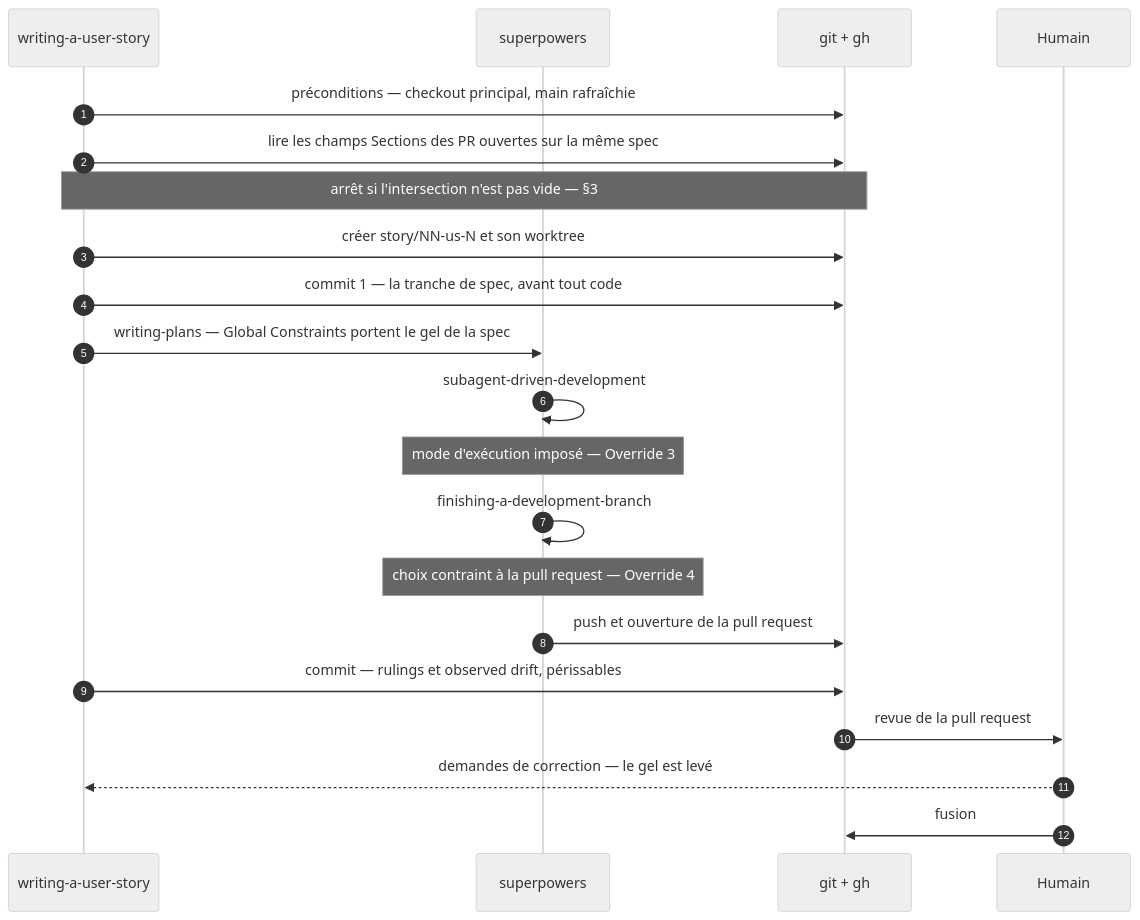
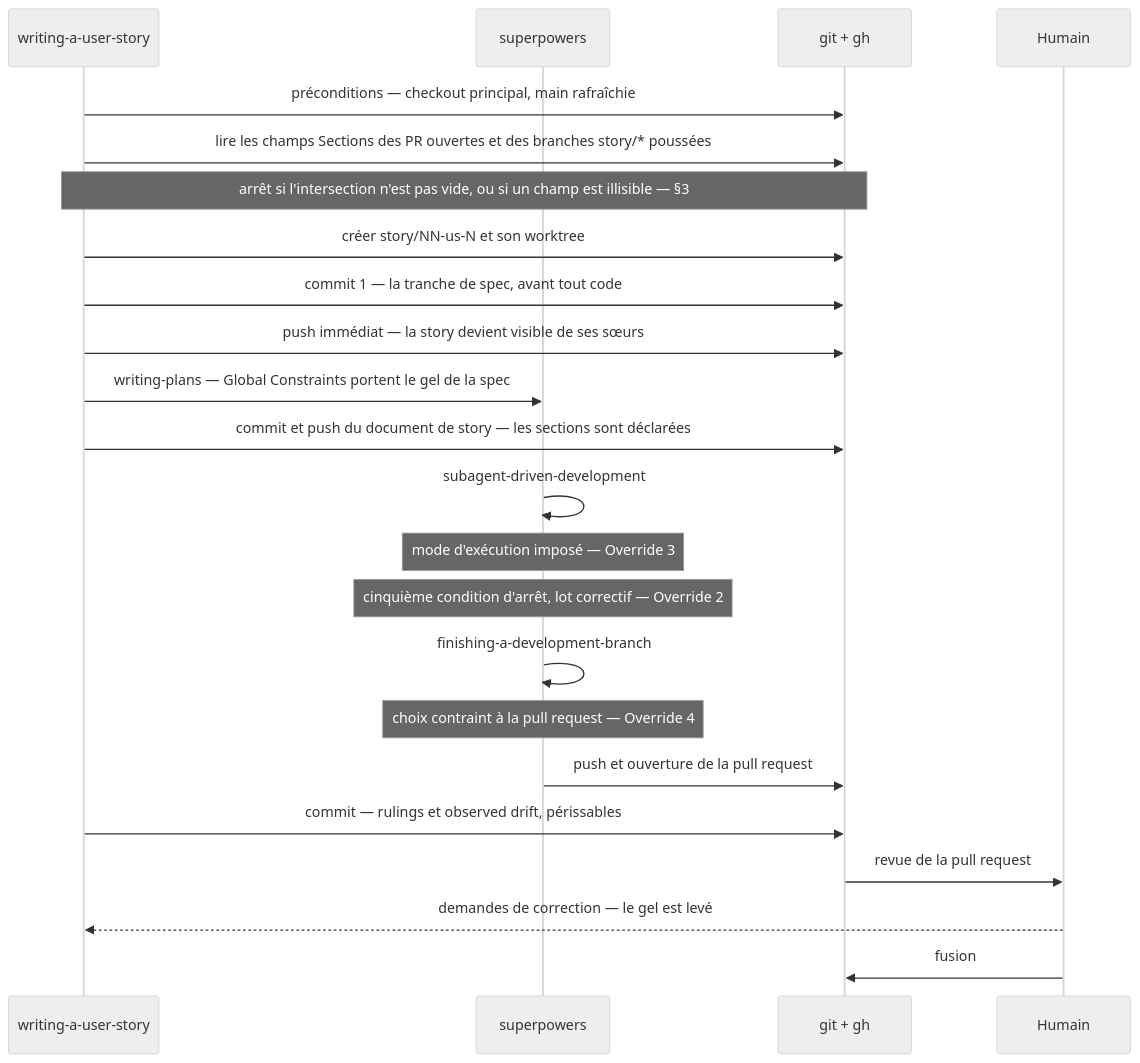
The third of 4 diagrams in docs/superpowers/specs/2026-09-03-supercharlouze-design.md (charlouze/superpowers-by-charlouze), drawn with Mermaid (neutral theme) before and after one commit. The commit also changed other lines of this file and 3 other files, not shown here.

````diff
--- a/docs/superpowers/specs/2026-09-03-supercharlouze-design.md
+++ b/docs/superpowers/specs/2026-09-03-supercharlouze-design.md
@@ -593,24 +677,26 @@
 ```mermaid
 sequenceDiagram
-    autonumber
     participant SC as writing-a-user-story
     participant SP as superpowers
     participant G as git + gh
     participant H as Humain
 
     SC->>G: préconditions — checkout principal, main rafraîchie
-    SC->>G: lire les champs Sections des PR ouvertes sur la même spec
-    Note over SC,G: arrêt si l'intersection n'est pas vide — §3
+    SC->>G: lire les champs Sections des PR ouvertes et des branches story/* poussées
+    Note over SC,G: arrêt si l'intersection n'est pas vide, ou si un champ est illisible — §3
     SC->>G: créer story/NN-us-N et son worktree
     SC->>G: commit 1 — la tranche de spec, avant tout code
+    SC->>G: push immédiat — la story devient visible de ses sœurs
     SC->>SP: writing-plans — Global Constraints portent le gel de la spec
+    SC->>G: commit et push du document de story — les sections sont déclarées
     SP->>SP: subagent-driven-development
     Note over SP: mode d'exécution imposé — Override 3
+    Note over SP: cinquième condition d'arrêt, lot correctif — Override 2
     SP->>SP: finishing-a-development-branch
     Note over SP: choix contraint à la pull request — Override 4
     SP->>G: push et ouverture de la pull request
     SC->>G: commit — rulings et observed drift, périssables
     G->>H: revue de la pull request
     H-->>SC: demandes de correction — le gel est levé
     H->>G: fusion
 ```
````
